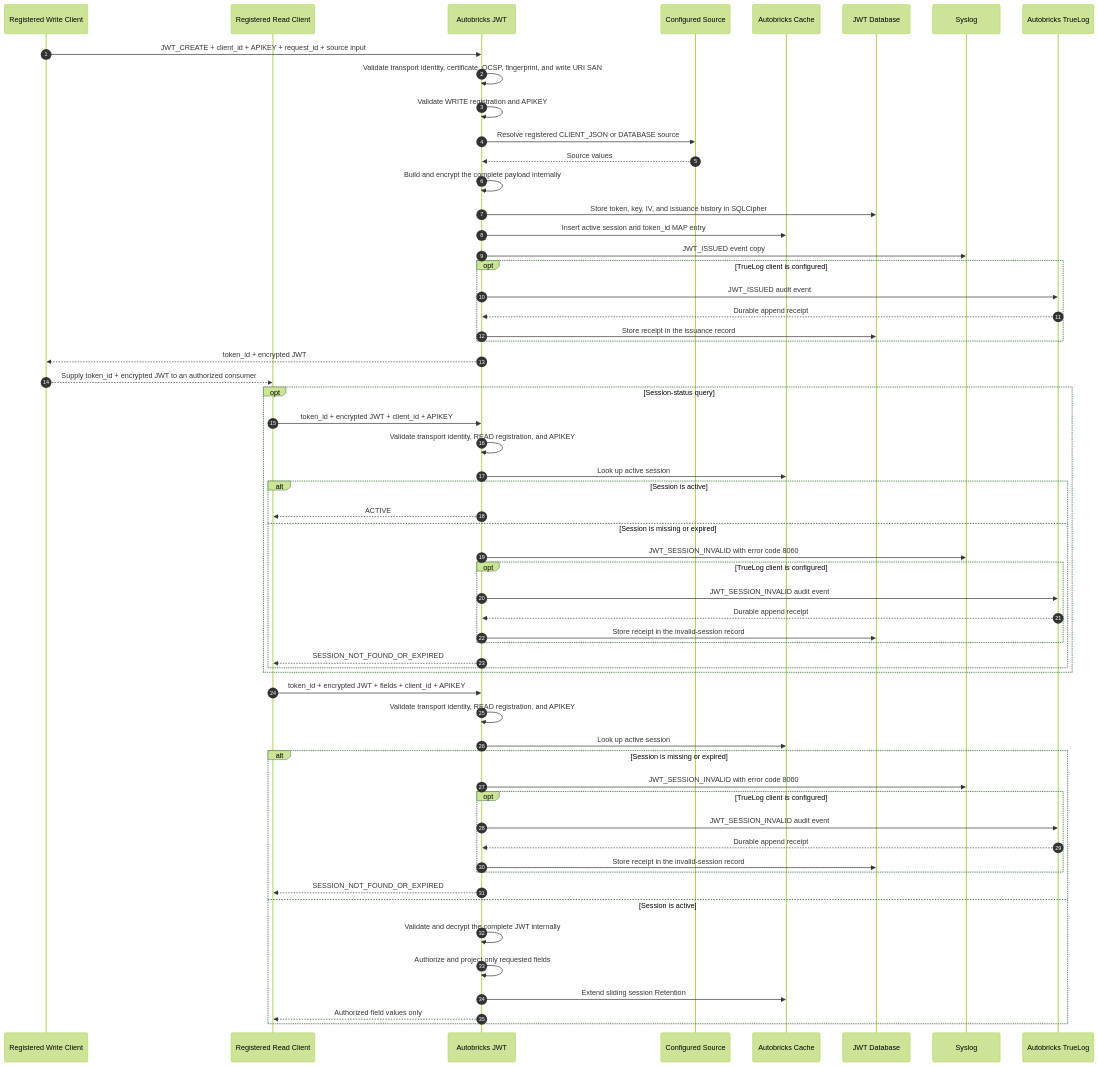
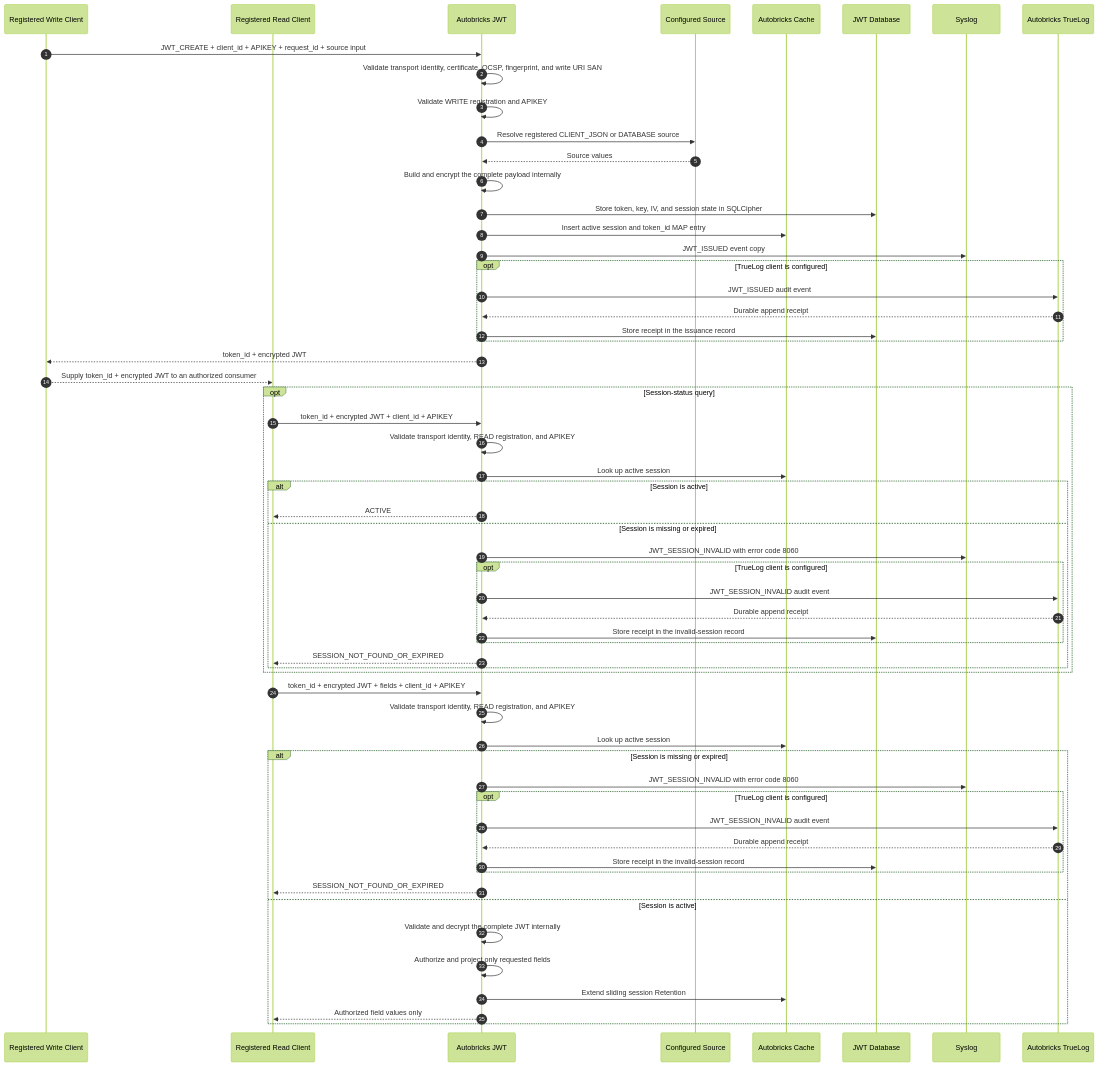
One commit to pregene/autobricks-jwt changed the second of 3 diagrams in README.md. Above: the diagram before and after it, drawn with Mermaid (forest theme). The commit also changed other lines of this file and 23 other files, not shown here.

````diff
--- a/README.md
+++ b/README.md
@@ -84,64 +88,64 @@
 ```mermaid
 sequenceDiagram
     autonumber
     participant W as Registered Write Client
     participant R as Registered Read Client
     participant J as Autobricks JWT
     participant S as Configured Source
     participant C as Autobricks Cache
     participant D as JWT Database
     participant L as Syslog
     participant T as Autobricks TrueLog
 
     W->>J: JWT_CREATE + client_id + APIKEY + request_id + source input
     J->>J: Validate transport identity, certificate, OCSP, fingerprint, and write URI SAN
     J->>J: Validate WRITE registration and APIKEY
     J->>S: Resolve registered CLIENT_JSON or DATABASE source
     S-->>J: Source values
     J->>J: Build and encrypt the complete payload internally
-    J->>D: Store token, key, IV, and issuance history in SQLCipher
+    J->>D: Store token, key, IV, and session state in SQLCipher
     J->>C: Insert active session and token_id MAP entry
     J->>L: JWT_ISSUED event copy
     opt TrueLog client is configured
         J->>T: JWT_ISSUED audit event
         T-->>J: Durable append receipt
         J->>D: Store receipt in the issuance record
     end
     J-->>W: token_id + encrypted JWT
     W-->>R: Supply token_id + encrypted JWT to an authorized consumer
 
     opt Session-status query
         R->>J: token_id + encrypted JWT + client_id + APIKEY
         J->>J: Validate transport identity, READ registration, and APIKEY
         J->>C: Look up active session
         alt Session is active
             J-->>R: ACTIVE
         else Session is missing or expired
             J->>L: JWT_SESSION_INVALID with error code 8060
             opt TrueLog client is configured
                 J->>T: JWT_SESSION_INVALID audit event
                 T-->>J: Durable append receipt
                 J->>D: Store receipt in the invalid-session record
             end
             J-->>R: SESSION_NOT_FOUND_OR_EXPIRED
         end
     end
 
     R->>J: token_id + encrypted JWT + fields + client_id + APIKEY
     J->>J: Validate transport identity, READ registration, and APIKEY
     J->>C: Look up active session
     alt Session is missing or expired
         J->>L: JWT_SESSION_INVALID with error code 8060
         opt TrueLog client is configured
             J->>T: JWT_SESSION_INVALID audit event
             T-->>J: Durable append receipt
             J->>D: Store receipt in the invalid-session record
         end
         J-->>R: SESSION_NOT_FOUND_OR_EXPIRED
     else Session is active
         J->>J: Validate and decrypt the complete JWT internally
         J->>J: Authorize and project only requested fields
         J->>C: Extend sliding session Retention
         J-->>R: Authorized field values only
     end
 ```
````
